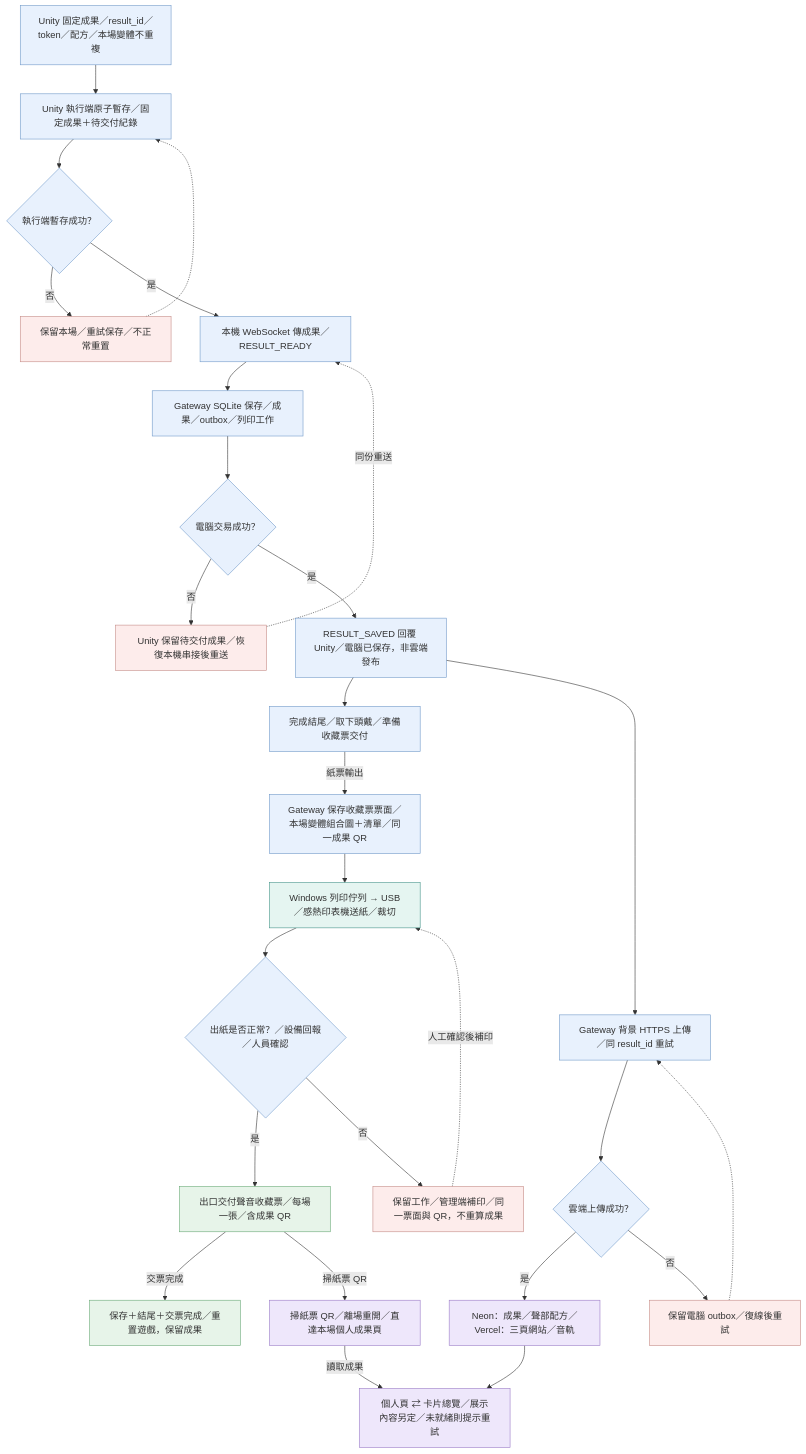
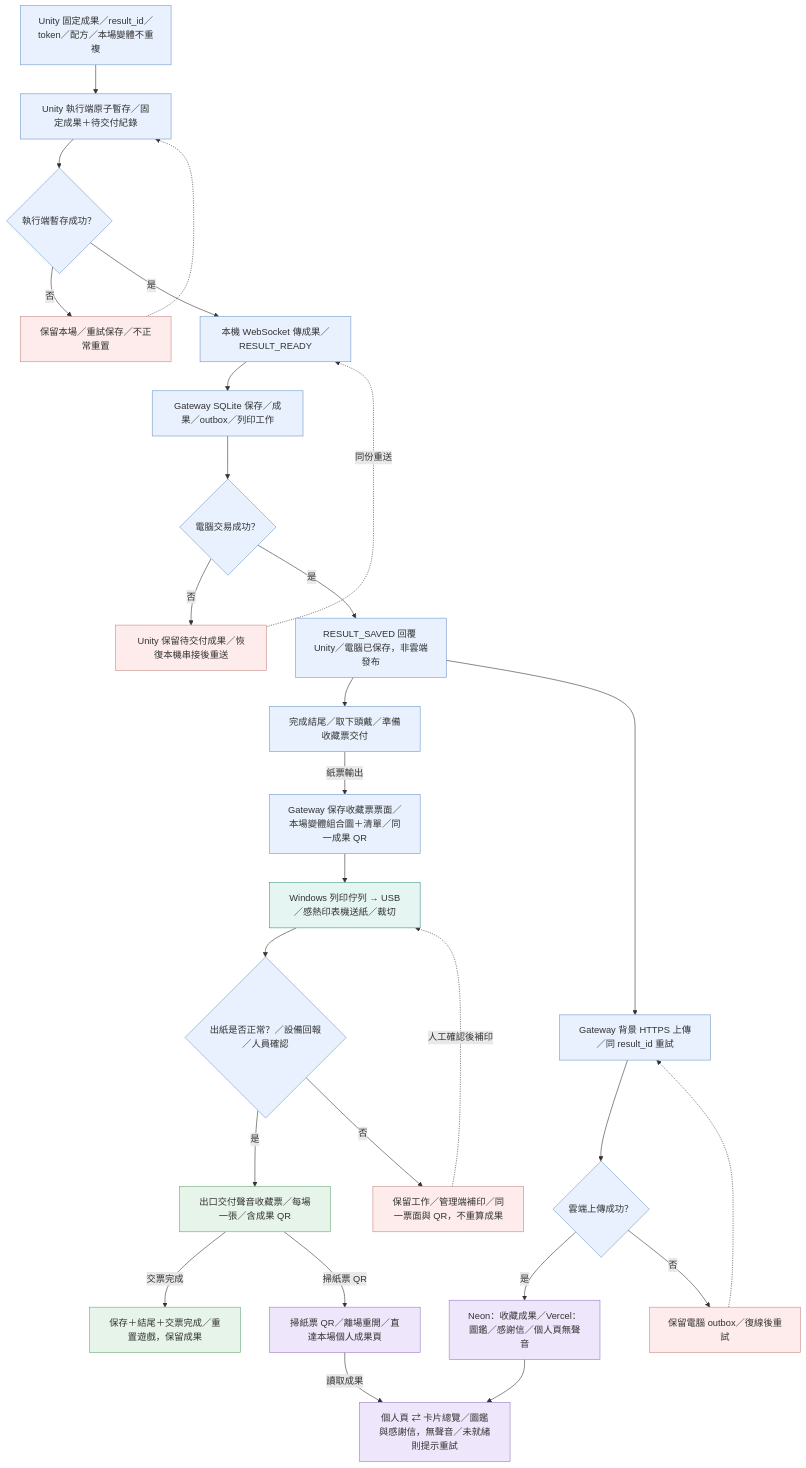
Before and after one commit to fengyenchia/dctProject: the diagram in docs/docs_vr/assets/技術流程圖/05.mmd, drawn with Mermaid. The commit also changed 61 other files, not shown here.

```diff
--- a/docs/docs_vr/assets/技術流程圖/05.mmd
+++ b/docs/docs_vr/assets/技術流程圖/05.mmd
@@ -1,71 +1,71 @@
 flowchart TD
   snapshot["Unity 固定成果／result_id／token／配方／本場變體不重複"]
   unityStore["Unity 執行端原子暫存／固定成果＋待交付紀錄"]
   localOk{"執行端暫存成功？"}
   localRetry["保留本場／重試保存／不正常重置"]
   send["本機 WebSocket 傳成果／RESULT_READY"]
   pcStore["Gateway SQLite 保存／成果／outbox／列印工作"]
   pcOk{"電腦交易成功？"}
   pcRetry["Unity 保留待交付成果／恢復本機串接後重送"]
   ack["RESULT_SAVED 回覆 Unity／電腦已保存，非雲端發布"]
   handoff["完成結尾／取下頭戴／準備收藏票交付"]
   upload["Gateway 背景 HTTPS 上傳／同 result_id 重試"]
   cloudOk{"雲端上傳成功？"}
-  cloud["Neon：成果／聲部配方／Vercel：三頁網站／音軌"]
+  cloud["Neon：收藏成果／Vercel：圖鑑／感謝信／個人頁無聲音"]
   queue["保留電腦 outbox／復線後重試"]
   phone["掃紙票 QR／離場重開／直達本場個人成果頁"]
-  web["個人頁 ⇄ 卡片總覽／展示內容另定／未就緒則提示重試"]
+  web["個人頁 ⇄ 卡片總覽／圖鑑與感謝信，無聲音／未就緒則提示重試"]
   reset["保存＋結尾＋交票完成／重置遊戲，保留成果"]
   ticketImage["Gateway 保存收藏票票面／本場變體組合圖＋清單／同一成果 QR"]
   ticketUsb["Windows 列印佇列 → USB／感熱印表機送紙／裁切"]
   ticketOk{"出紙是否正常？／設備回報／人員確認"}
   ticketTake["出口交付聲音收藏票／每場一張／含成果 QR"]
   ticketRetry["保留工作／管理端補印／同一票面與 QR，不重算成果"]
   snapshot --> unityStore
   unityStore --> localOk
   localOk -->|"否"| localRetry
   localRetry -.-> unityStore
   localOk -->|"是"| send
   send --> pcStore
   pcStore --> pcOk
   pcOk -->|"否"| pcRetry
   pcRetry -.->|"同份重送"| send
   pcOk -->|"是"| ack
   ack --> handoff
   ack --> upload
   upload --> cloudOk
   cloudOk -->|"是"| cloud
   cloudOk -->|"否"| queue
   queue -.-> upload
   cloud --> web
   phone -->|"讀取成果"| web
   handoff -->|"紙票輸出"| ticketImage
   ticketImage --> ticketUsb
   ticketUsb --> ticketOk
   ticketOk -->|"是"| ticketTake
   ticketOk -->|"否"| ticketRetry
   ticketRetry -.->|"人工確認後補印"| ticketUsb
   ticketTake -->|"交票完成"| reset
   ticketTake -->|"掃紙票 QR"| phone
   style snapshot fill:#e8f1fd,stroke:#7099c9
   style unityStore fill:#e8f1fd,stroke:#7099c9
   style localOk fill:#e8f1fd,stroke:#7099c9
   style localRetry fill:#fdeceb,stroke:#c58b86
   style send fill:#e8f1fd,stroke:#7099c9
   style pcStore fill:#e8f1fd,stroke:#7099c9
   style pcOk fill:#e8f1fd,stroke:#7099c9
   style pcRetry fill:#fdeceb,stroke:#c58b86
   style ack fill:#e8f1fd,stroke:#7099c9
   style handoff fill:#e8f1fd,stroke:#7099c9
   style upload fill:#e8f1fd,stroke:#7099c9
   style cloudOk fill:#e8f1fd,stroke:#7099c9
   style cloud fill:#eee7fb,stroke:#9a7ac7
   style queue fill:#fdeceb,stroke:#c58b86
   style phone fill:#eee7fb,stroke:#9a7ac7
   style web fill:#eee7fb,stroke:#9a7ac7
   style reset fill:#e7f4e9,stroke:#69a977
   style ticketImage fill:#e8f1fd,stroke:#7099c9
   style ticketUsb fill:#e5f5f1,stroke:#459489
   style ticketOk fill:#e8f1fd,stroke:#7099c9
   style ticketTake fill:#e7f4e9,stroke:#69a977
   style ticketRetry fill:#fdeceb,stroke:#c58b86
```
